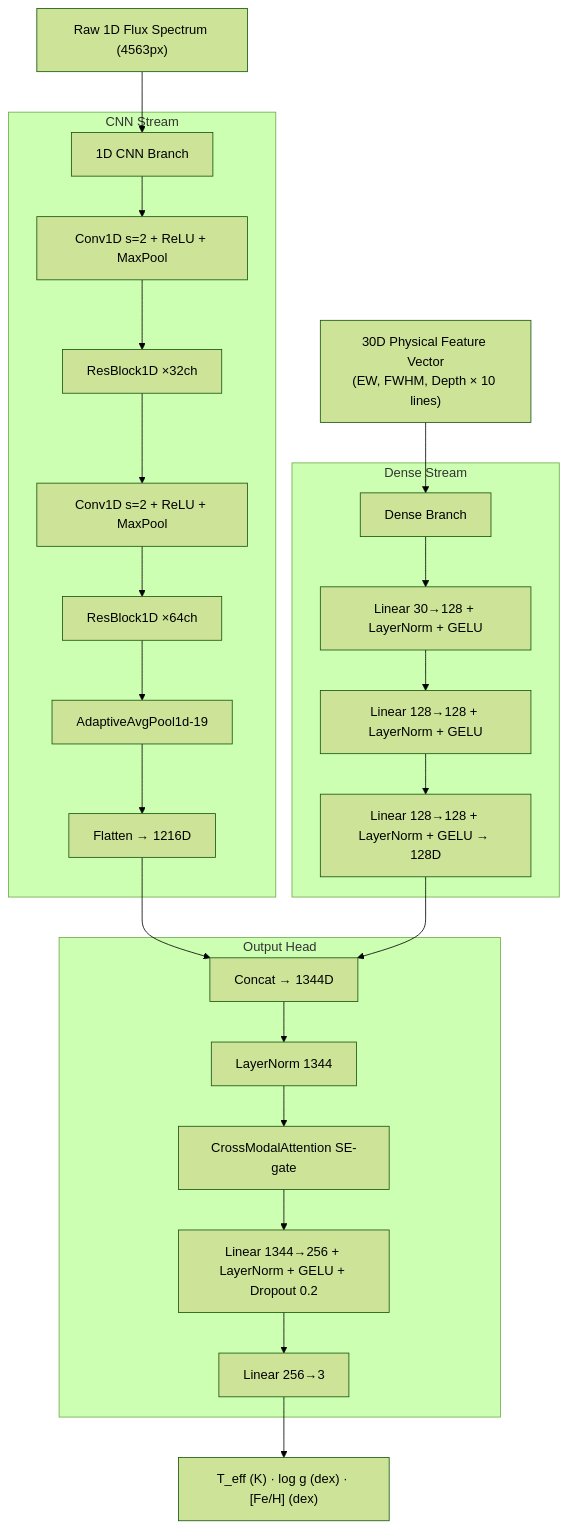
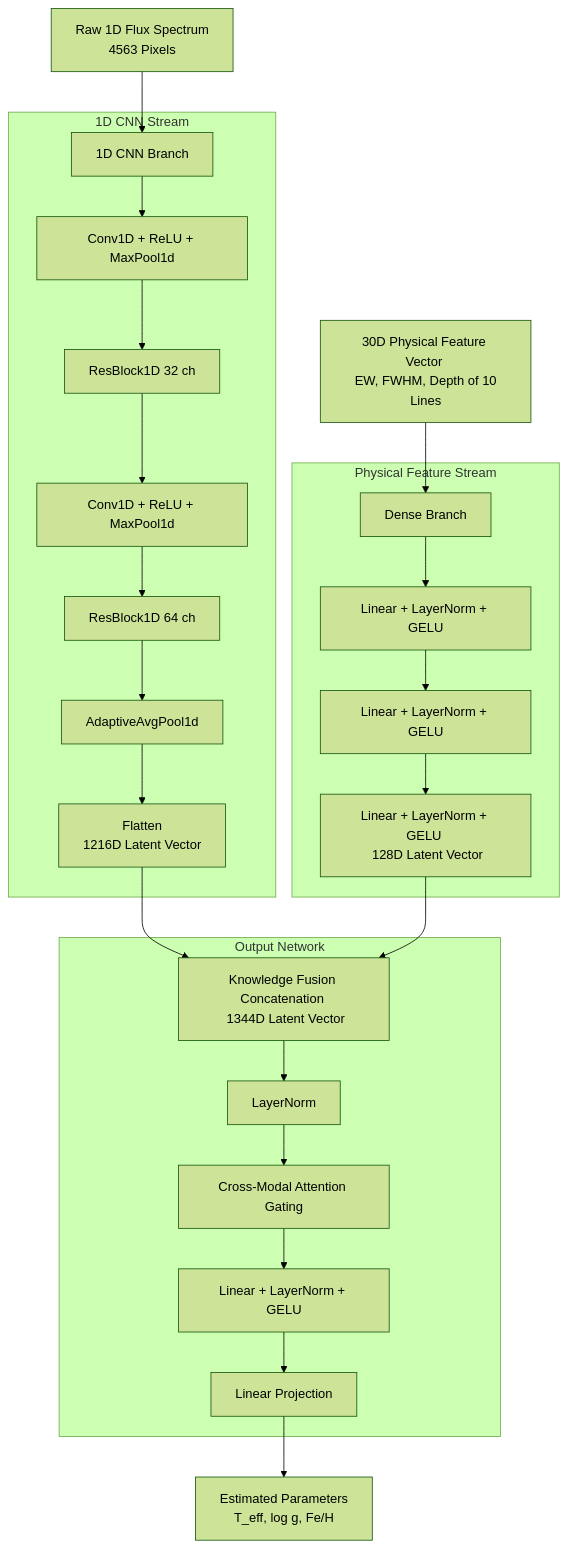
One commit to jkmanyeEx/StellarParameterHybridNet changed the diagram in README.md. Above: the diagram before and after it, drawn with Mermaid (forest theme). The commit also changed other lines of this file and 11 other files, not shown here.

````diff
--- a/README.md
+++ b/README.md
@@ -190,32 +131,37 @@
 ```mermaid
 graph TD
-    InFlux["Raw 1D Flux Spectrum (4563px)"] --> CNN[1D CNN Branch]
-    InFeat["30D Physical Feature Vector\n(EW, FWHM, Depth × 10 lines)"] --> Dense[Dense Branch]
-
-    subgraph CNN Stream
-        CNN --> C1[Conv1D s=2 + ReLU + MaxPool]
-        C1  --> R1[ResBlock1D ×32ch]
-        R1  --> C2[Conv1D s=2 + ReLU + MaxPool]
-        C2  --> R2[ResBlock1D ×64ch]
-        R2  --> AP[AdaptiveAvgPool1d-19]
-        AP  --> FL[Flatten → 1216D]
+    %% Input Layer
+    InFlux[Raw 1D Flux Spectrum <br> 4563 Pixels] --> CNNBranch[1D CNN Branch]
+    InFeat[30D Physical Feature Vector <br> EW, FWHM, Depth of 10 Lines] --> DenseBranch[Dense Branch]
+    
+    %% CNN Branch Detail
+    subgraph 1D CNN Stream
+        CNNBranch --> Conv1[Conv1D + ReLU + MaxPool1d]
+        Conv1 --> Res1[ResBlock1D 32 ch]
+        Res1 --> Conv2[Conv1D + ReLU + MaxPool1d]
+        Conv2 --> Res2[ResBlock1D 64 ch]
+        Res2 --> AvgPool[AdaptiveAvgPool1d]
+        AvgPool --> Flat[Flatten <br> 1216D Latent Vector]
     end
-
-    subgraph Dense Stream
-        Dense --> D1[Linear 30→128 + LayerNorm + GELU]
-        D1    --> D2[Linear 128→128 + LayerNorm + GELU]
-        D2    --> D3[Linear 128→128 + LayerNorm + GELU → 128D]
+    
+    %% Feature Branch Detail
+    subgraph Physical Feature Stream
+        DenseBranch --> FC1[Linear + LayerNorm + GELU]
+        FC1 --> FC2[Linear + LayerNorm + GELU]
+        FC2 --> FC3[Linear + LayerNorm + GELU <br> 128D Latent Vector]
     end
-
-    FL  --> Fuse[Concat → 1344D]
-    D3  --> Fuse
-
-    subgraph Output Head
-        Fuse --> LN[LayerNorm 1344]
-        LN   --> CMA[CrossModalAttention SE-gate]
-        CMA  --> P1[Linear 1344→256 + LayerNorm + GELU + Dropout 0.2]
-        P1   --> Out[Linear 256→3]
+    
+    %% Knowledge Fusion & Attention
+    Flat --> Concat[Knowledge Fusion Concatenation <br> 1344D Latent Vector]
+    FC3 --> Concat
+    
+    subgraph Output Network
+        Concat --> LN1[LayerNorm]
+        LN1 --> CMA[Cross-Modal Attention Gating]
+        CMA --> MLP[Linear + LayerNorm + GELU]
+        MLP --> OutProj[Linear Projection]
     end
-
-    Out --> Pred["T_eff (K) · log g (dex) · [Fe/H] (dex)"]
+    
+    %% Predictions
+    OutProj --> Predictions[Estimated Parameters <br> T_eff, log g, Fe/H]
 ```
````
